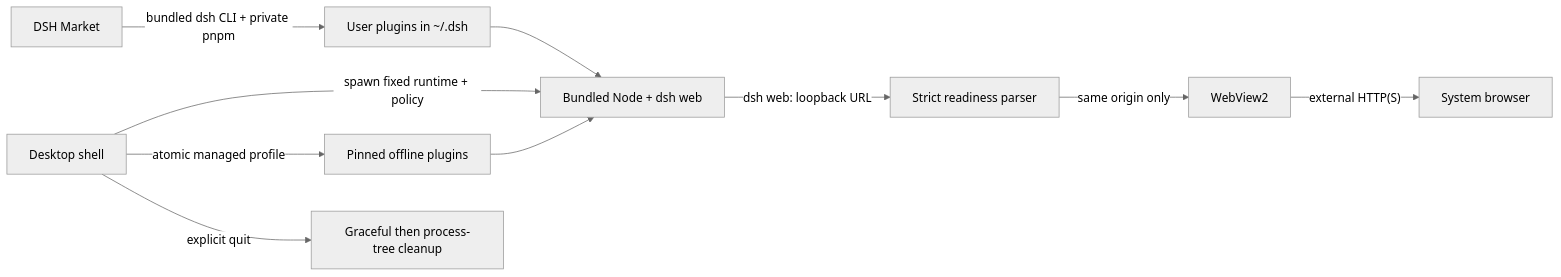
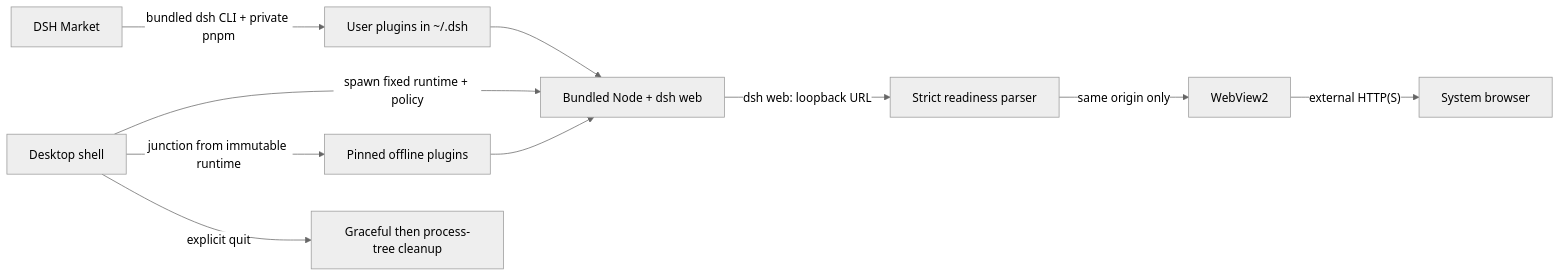
The diagram in README.md (licn9901-arch/DSH-Desktop), drawn with Mermaid (neutral theme) before and after one commit. The commit also changed other lines of this file and 56 other files, not shown here.

````diff
--- a/README.md
+++ b/README.md
@@ -82,12 +83,12 @@
 ```mermaid
 flowchart LR
     A["Desktop shell"] -->|"spawn fixed runtime + policy"| B["Bundled Node + dsh web"]
     M["DSH Market"] -->|"bundled dsh CLI + private pnpm"| U["User plugins in ~/.dsh"]
     U --> B
-    A -->|"atomic managed profile"| P["Pinned offline plugins"]
+    A -->|"junction from immutable runtime"| P["Pinned offline plugins"]
     P --> B
     B -->|"dsh web: loopback URL"| C["Strict readiness parser"]
     C -->|"same origin only"| D["WebView2"]
     D -->|"external HTTP(S)"| E["System browser"]
     A -->|"explicit quit"| F["Graceful then process-tree cleanup"]
 ```
````
